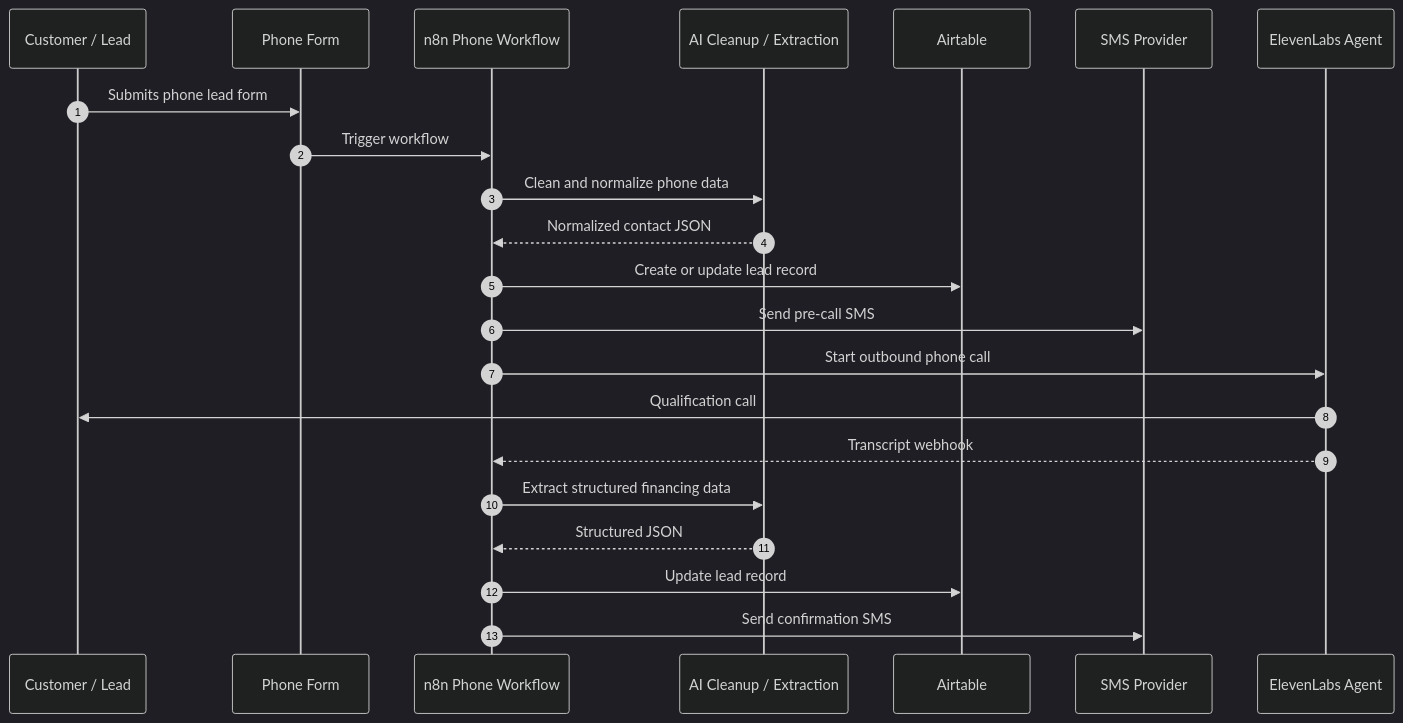
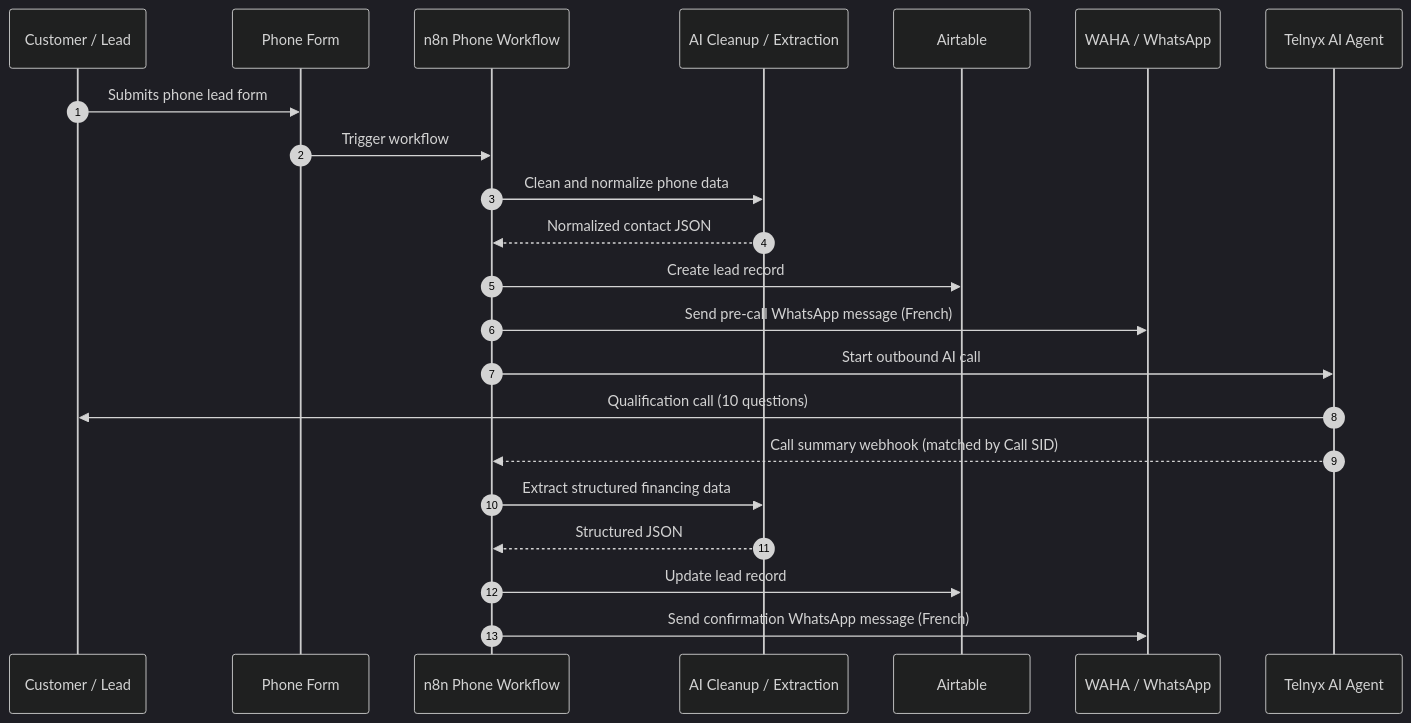
Before and after one commit to kameni-immo/kameni-n8n-automation: the seventh of 9 diagrams in README.md, drawn with Mermaid (dark theme). The commit also changed other lines of this file, not shown here.

First line of the commit message:
docs(KAN-37): update README to replace ElevenLabs references with Telnyx

````diff
--- a/README.md
+++ b/README.md
@@ -489,25 +489,25 @@
 ```mermaid
 sequenceDiagram
     autonumber
     participant Lead as Customer / Lead
     participant Form as Phone Form
     participant N8N as n8n Phone Workflow
     participant AI as AI Cleanup / Extraction
     participant Airtable
-    participant SMS as SMS Provider
-    participant Eleven as ElevenLabs Agent
+    participant WAHA as WAHA / WhatsApp
+    participant Telnyx as Telnyx AI Agent
 
     Lead->>Form: Submits phone lead form
     Form->>N8N: Trigger workflow
     N8N->>AI: Clean and normalize phone data
     AI-->>N8N: Normalized contact JSON
-    N8N->>Airtable: Create or update lead record
-    N8N->>SMS: Send pre-call SMS
-    N8N->>Eleven: Start outbound phone call
-    Eleven->>Lead: Qualification call
-    Eleven-->>N8N: Transcript webhook
+    N8N->>Airtable: Create lead record
+    N8N->>WAHA: Send pre-call WhatsApp message (French)
+    N8N->>Telnyx: Start outbound AI call
+    Telnyx->>Lead: Qualification call (10 questions)
+    Telnyx-->>N8N: Call summary webhook (matched by Call SID)
     N8N->>AI: Extract structured financing data
     AI-->>N8N: Structured JSON
     N8N->>Airtable: Update lead record
-    N8N->>SMS: Send confirmation SMS
+    N8N->>WAHA: Send confirmation WhatsApp message (French)
 ```
````
